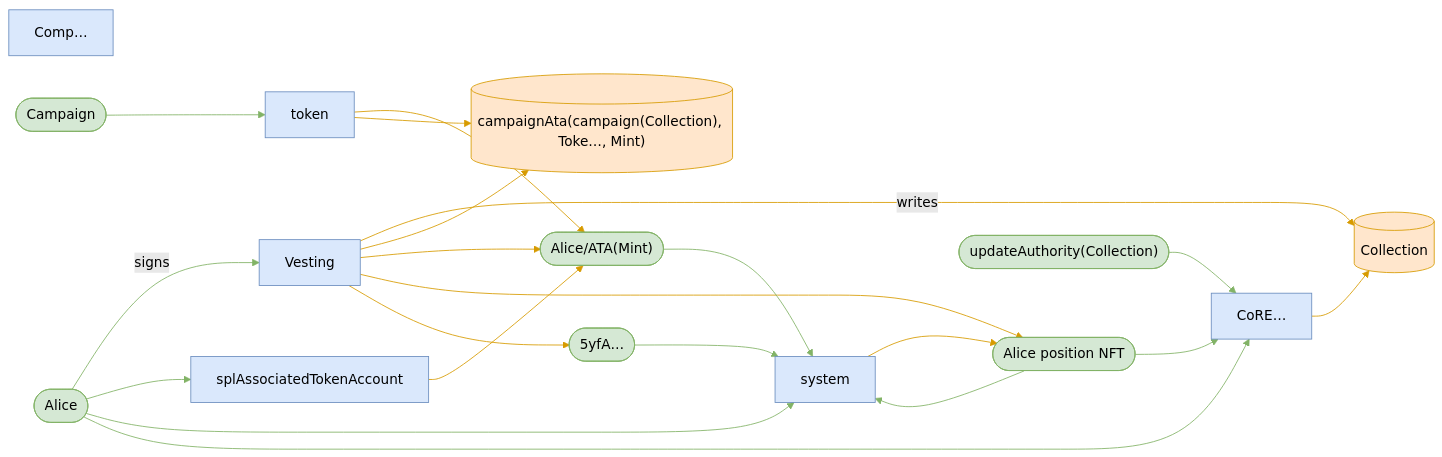
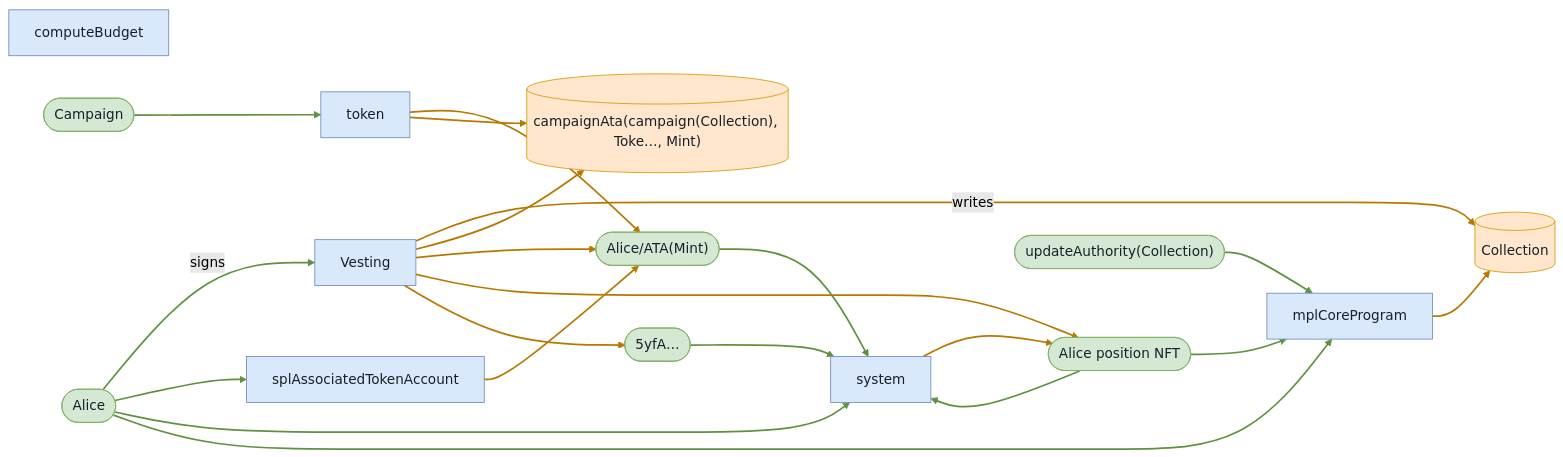
The fifth of 36 diagrams in babelfish-tests/test-report/full_lifecycle.md (cds-turbin3/vesting-position), drawn with Mermaid (forest theme) before and after one commit. The commit also changed other lines of this file and 106 other files, not shown here.

````diff
--- a/babelfish-tests/test-report/full_lifecycle.md
+++ b/babelfish-tests/test-report/full_lifecycle.md
@@ -321,42 +319,42 @@
 ```mermaid
 flowchart LR
-    Comp["Comp…"]:::program
+    computeBudget["computeBudget"]:::program
     Vesting["Vesting"]:::program
     Alice(["Alice"]):::signer
     Collection[("Collection")]:::state
     campaignAtacampaignCollectionTokeMint[("campaignAta(campaign(Collection), Toke…, Mint)")]:::state
     AliceATAMint(["Alice/ATA(Mint)"]):::signer
     AlicepositionNFT(["Alice position NFT"]):::signer
     n5yfA(["5yfA…"]):::signer
     splAssociatedTokenAccount["splAssociatedTokenAccount"]:::program
     token["token"]:::program
     system["system"]:::program
-    CoRE["CoRE…"]:::program
+    mplCoreProgram["mplCoreProgram"]:::program
     updateAuthorityCollection(["updateAuthority(Collection)"]):::signer
     Campaign(["Campaign"]):::signer
     Alice -->|signs| Vesting
     Vesting -->|writes| Collection
     Vesting --> campaignAtacampaignCollectionTokeMint
     Vesting --> AliceATAMint
     Vesting --> AlicepositionNFT
     Vesting --> n5yfA
     Alice --> splAssociatedTokenAccount
     splAssociatedTokenAccount --> AliceATAMint
     Alice --> system
     AliceATAMint --> system
     token --> AliceATAMint
     n5yfA --> system
-    AlicepositionNFT --> CoRE
-    CoRE --> Collection
-    updateAuthorityCollection --> CoRE
-    Alice --> CoRE
+    AlicepositionNFT --> mplCoreProgram
+    mplCoreProgram --> Collection
+    updateAuthorityCollection --> mplCoreProgram
+    Alice --> mplCoreProgram
     AlicepositionNFT --> system
     system --> AlicepositionNFT
     token --> campaignAtacampaignCollectionTokeMint
     Campaign --> token
-    classDef program fill:#dae8fc,stroke:#6c8ebf;
-    classDef signer fill:#d5e8d4,stroke:#82b366;
-    classDef state fill:#ffe6cc,stroke:#d79b00;
-    linkStyle 0,6,8,9,11,12,14,15,16,19 stroke:#82b366
-    linkStyle 1,2,3,4,5,7,10,13,17,18 stroke:#d79b00
+    classDef program fill:#dae8fc,stroke:#6c8ebf,color:#17202a;
+    classDef signer fill:#d5e8d4,stroke:#82b366,color:#17202a;
+    classDef state fill:#ffe6cc,stroke:#d79b00,color:#17202a;
+    linkStyle 0,6,8,9,11,12,14,15,16,19 stroke:#5f913f,stroke-width:2px
+    linkStyle 1,2,3,4,5,7,10,13,17,18 stroke:#b87800,stroke-width:2px
 ```
````
